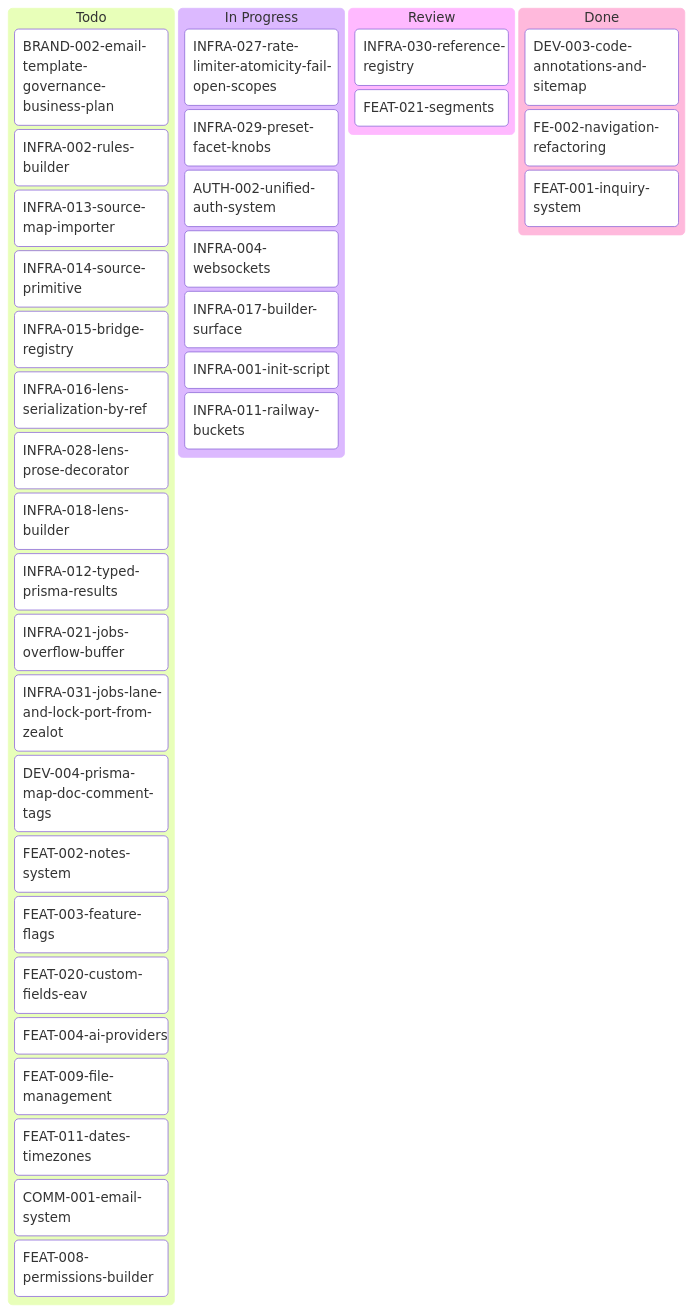
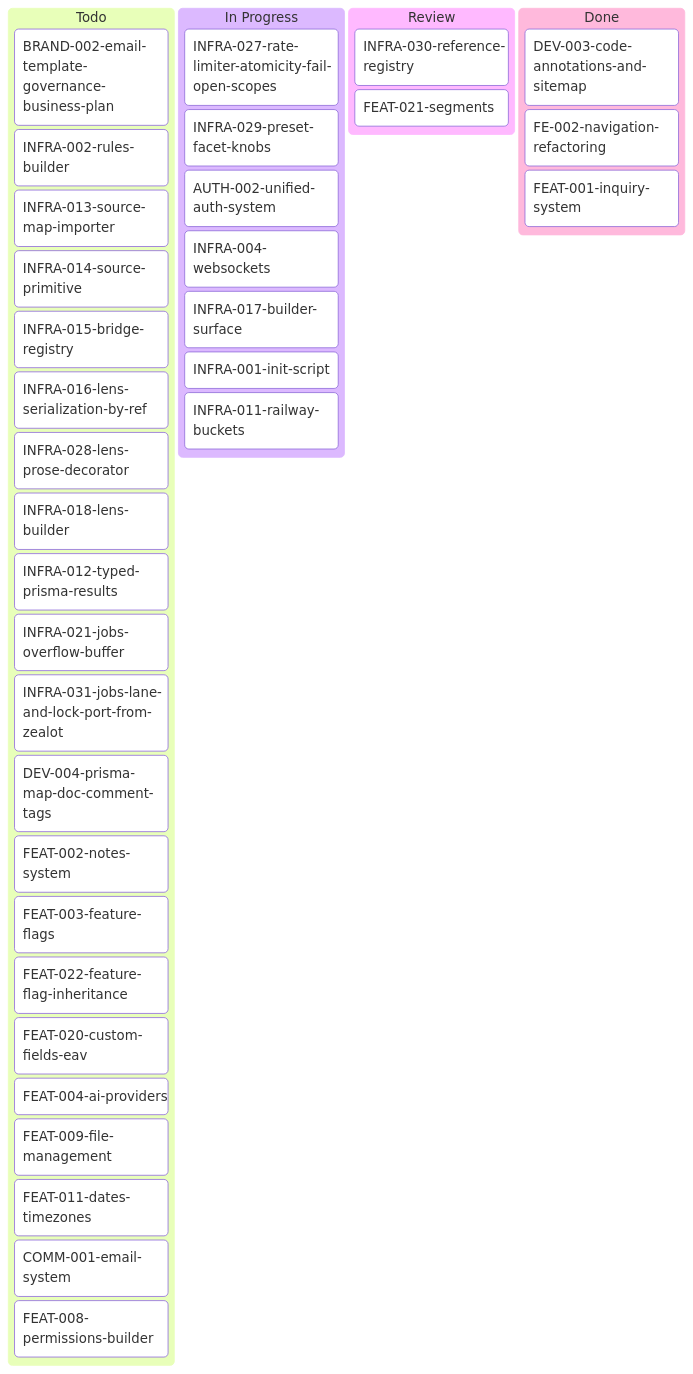
The diagram in tickets/kanban-aron.md (inixiative/template), drawn with Mermaid before and after one commit. The commit also changed other lines of this file and 1 other file, not shown here.

Commit message:
FEAT-022 stub + kanban: feature flag inheritance split out of FEAT-003

````diff
--- a/tickets/kanban-aron.md
+++ b/tickets/kanban-aron.md
@@ -3,44 +3,45 @@
 ```mermaid
 ---
 config:
   kanban:
     ticketBaseUrl: 'https://github.com/yourorg/template/blob/main/tickets/#TICKET#'
 ---
 kanban
   Todo
     BRAND-002-email-template-governance-business-plan
     INFRA-002-rules-builder
     INFRA-013-source-map-importer
     INFRA-014-source-primitive
     INFRA-015-bridge-registry
     INFRA-016-lens-serialization-by-ref
     INFRA-028-lens-prose-decorator
     INFRA-018-lens-builder
     INFRA-012-typed-prisma-results
     INFRA-021-jobs-overflow-buffer
     INFRA-031-jobs-lane-and-lock-port-from-zealot
     DEV-004-prisma-map-doc-comment-tags
     FEAT-002-notes-system
     FEAT-003-feature-flags
+    FEAT-022-feature-flag-inheritance
     FEAT-020-custom-fields-eav
     FEAT-004-ai-providers
     FEAT-009-file-management
     FEAT-011-dates-timezones
     COMM-001-email-system
     FEAT-008-permissions-builder
   In Progress
     INFRA-027-rate-limiter-atomicity-fail-open-scopes
     INFRA-029-preset-facet-knobs
     AUTH-002-unified-auth-system
     INFRA-004-websockets
     INFRA-017-builder-surface
     INFRA-001-init-script
     INFRA-011-railway-buckets
   Review
     INFRA-030-reference-registry
     FEAT-021-segments
   Done
     DEV-003-code-annotations-and-sitemap
     FE-002-navigation-refactoring
     FEAT-001-inquiry-system
 ```
````
